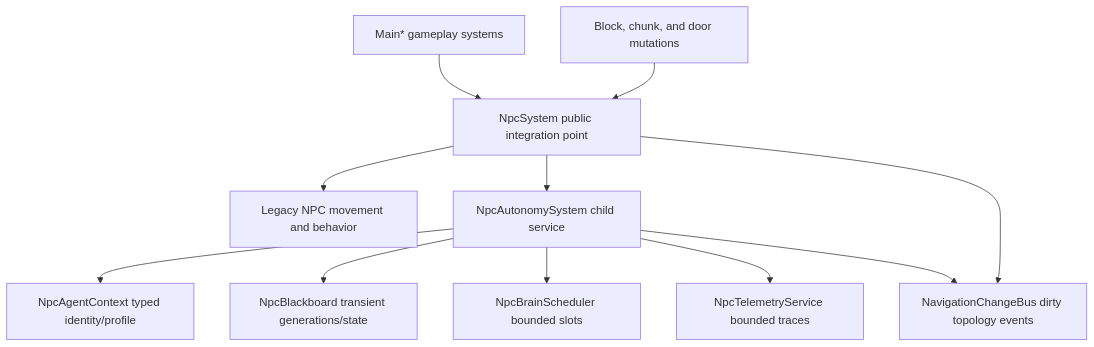
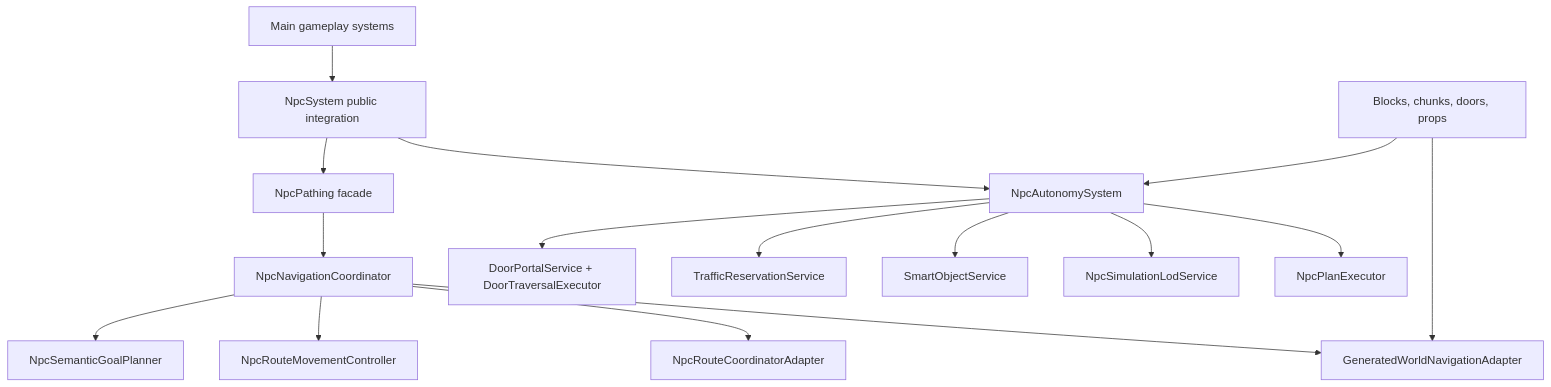
Before and after one commit to lakam99/voxel-godot: the diagram in docs/npc_pathfinding/ARCHITECTURE.md, drawn with Mermaid. The commit also changed other lines of this file and 31 other files, not shown here.

````diff
--- a/docs/npc_pathfinding/ARCHITECTURE.md
+++ b/docs/npc_pathfinding/ARCHITECTURE.md
@@ -19,13 +23,18 @@
 ```mermaid
 flowchart TD
-  Main["Main* gameplay systems"] --> NpcSystem["NpcSystem public integration point"]
-  NpcSystem --> Legacy["Legacy NPC movement and behavior"]
-  NpcSystem --> Autonomy["NpcAutonomySystem child service"]
-  Autonomy --> Context["NpcAgentContext typed identity/profile"]
-  Autonomy --> Blackboard["NpcBlackboard transient generations/state"]
-  Autonomy --> Scheduler["NpcBrainScheduler bounded slots"]
-  Autonomy --> Telemetry["NpcTelemetryService bounded traces"]
-  Autonomy --> ChangeBus["NavigationChangeBus dirty topology events"]
-  World["Block, chunk, and door mutations"] --> NpcSystem
-  NpcSystem --> ChangeBus
+  Main["Main gameplay systems"] --> NpcSystem["NpcSystem public integration"]
+  NpcSystem --> Facade["NpcPathing facade"]
+  Facade --> Coordinator["NpcNavigationCoordinator"]
+  Coordinator --> World["GeneratedWorldNavigationAdapter"]
+  Coordinator --> Routes["NpcRouteCoordinatorAdapter"]
+  Coordinator --> Movement["NpcRouteMovementController"]
+  Coordinator --> Goals["NpcSemanticGoalPlanner"]
+  NpcSystem --> Autonomy["NpcAutonomySystem"]
+  Autonomy --> Doors["DoorPortalService + DoorTraversalExecutor"]
+  Autonomy --> Traffic["TrafficReservationService"]
+  Autonomy --> SmartObjects["SmartObjectService"]
+  Autonomy --> LOD["NpcSimulationLodService"]
+  Autonomy --> Executor["NpcPlanExecutor"]
+  WorldEvents["Blocks, chunks, doors, props"] --> Autonomy
+  WorldEvents --> World
 ```
````
